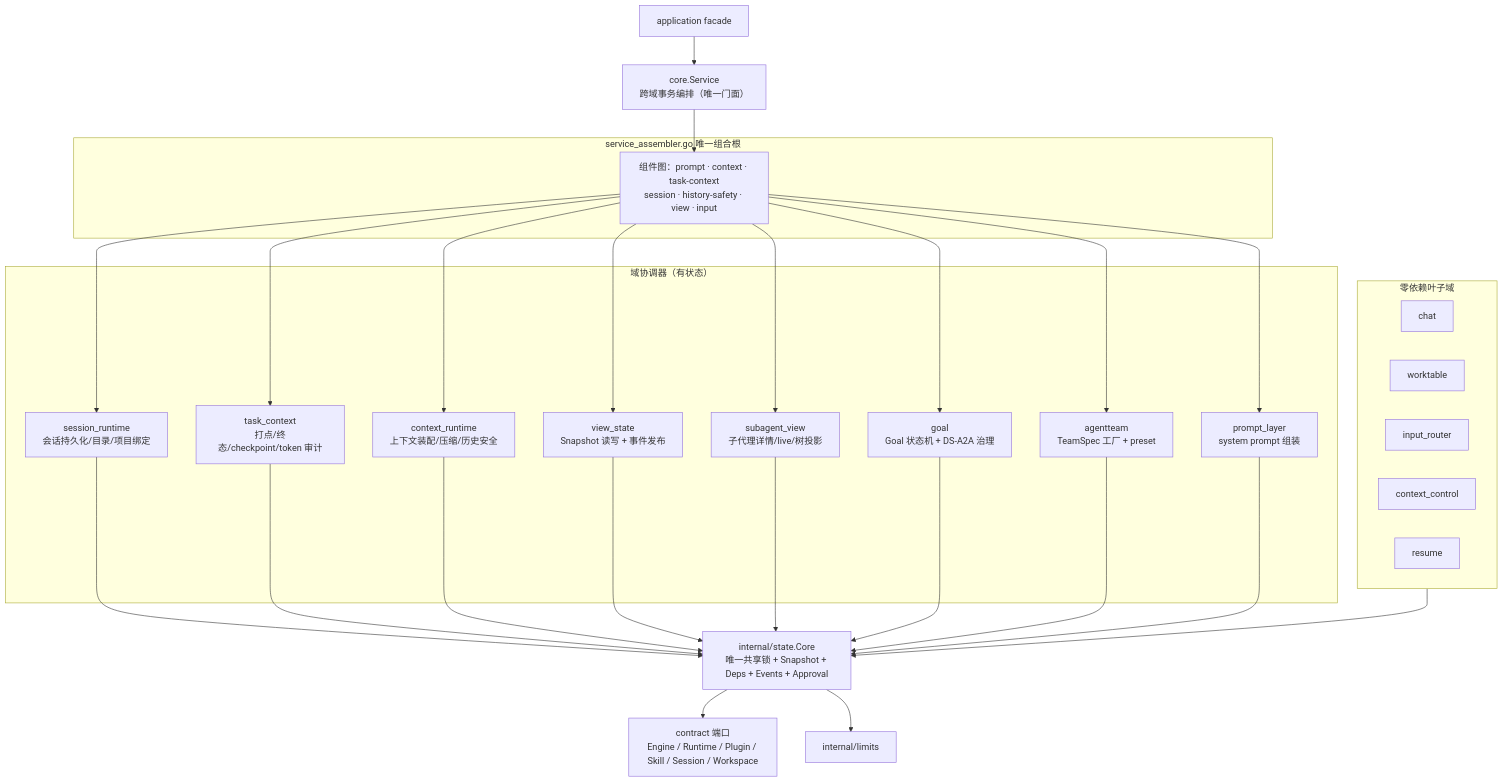
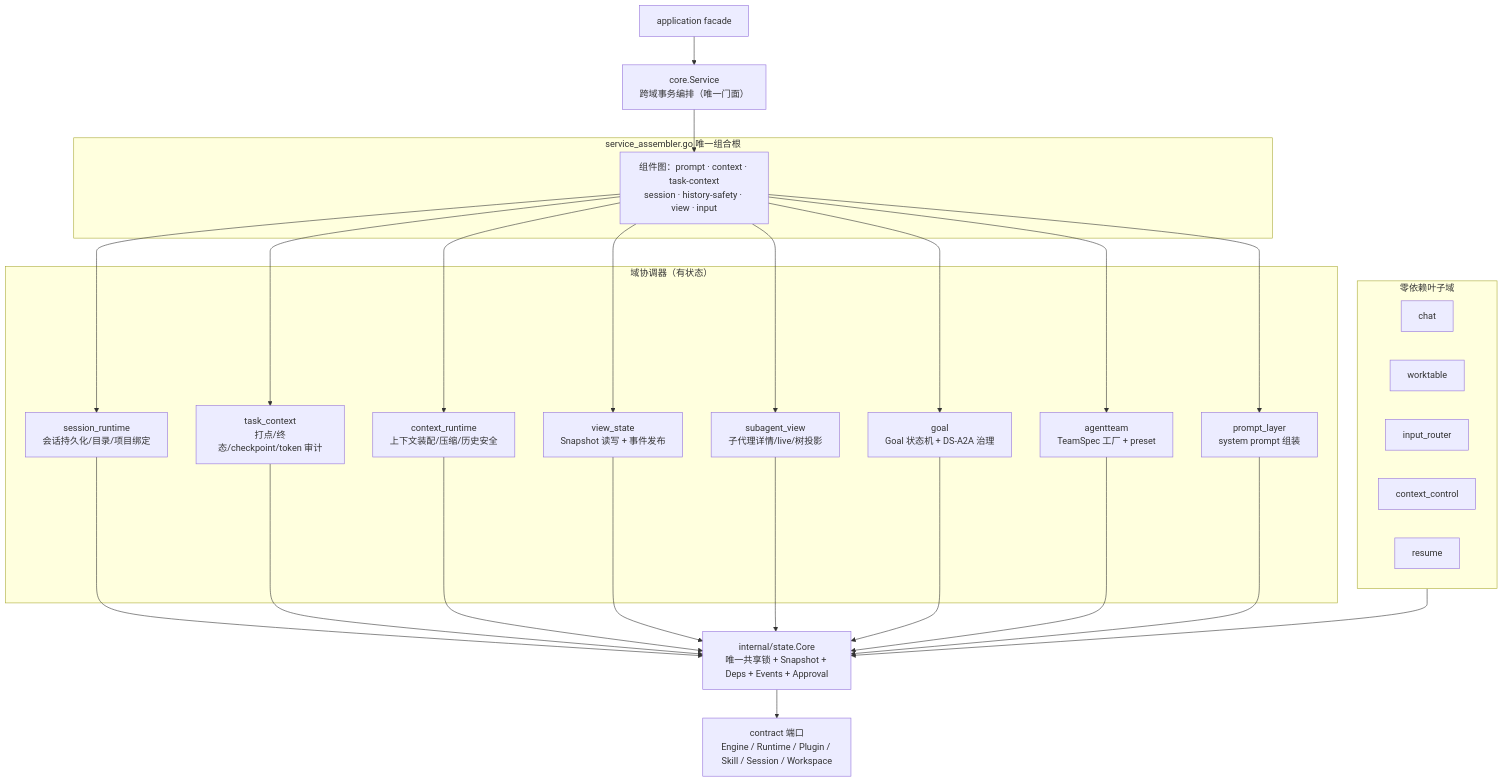
Before and after one commit to RedHuang-0622/seelex: the first of 4 diagrams in application/core/README.md, drawn with Mermaid. The commit also changed other lines of this file and 1013 other files, not shown here.

````diff
--- a/application/core/README.md
+++ b/application/core/README.md
@@ -38,53 +39,51 @@
 ```mermaid
 flowchart TB
     FACADE["application facade"] --> SVC["core.Service<br/>跨域事务编排（唯一门面）"]
 
     subgraph ASSEMBLER["service_assembler.go 唯一组合根"]
         COMP["组件图：prompt · context · task-context<br/>session · history-safety · view · input"]
     end
 
     SVC --> COMP
 
     subgraph DOMAIN["域协调器（有状态）"]
         SR["session_runtime<br/>会话持久化/目录/项目绑定"]
         TC["task_context<br/>打点/终态/checkpoint/token 审计"]
         CR["context_runtime<br/>上下文装配/压缩/历史安全"]
         VS["view_state<br/>Snapshot 读写 + 事件发布"]
         SV["subagent_view<br/>子代理详情/live/树投影"]
         GOAL["goal<br/>Goal 状态机 + DS-A2A 治理"]
         TEAM["agentteam<br/>TeamSpec 工厂 + preset"]
         PL["prompt_layer<br/>system prompt 组装"]
     end
 
     subgraph LEAF["零依赖叶子域"]
         CHAT["chat"]
         WT["worktable"]
         IR["input_router"]
         CC["context_control"]
         RES["resume"]
     end
 
     ST["internal/state.Core<br/>唯一共享锁 + Snapshot + Deps + Events + Approval"]
-    LIM["internal/limits"]
     PORTS["contract 端口<br/>Engine / Runtime / Plugin / Skill / Session / Workspace"]
 
     COMP --> SR
     COMP --> TC
     COMP --> CR
     COMP --> VS
     COMP --> SV
     COMP --> GOAL
     COMP --> TEAM
     COMP --> PL
     SR --> ST
     TC --> ST
     CR --> ST
     VS --> ST
     SV --> ST
     GOAL --> ST
     TEAM --> ST
     PL --> ST
     LEAF --> ST
     ST --> PORTS
-    ST --> LIM
 ```
````
